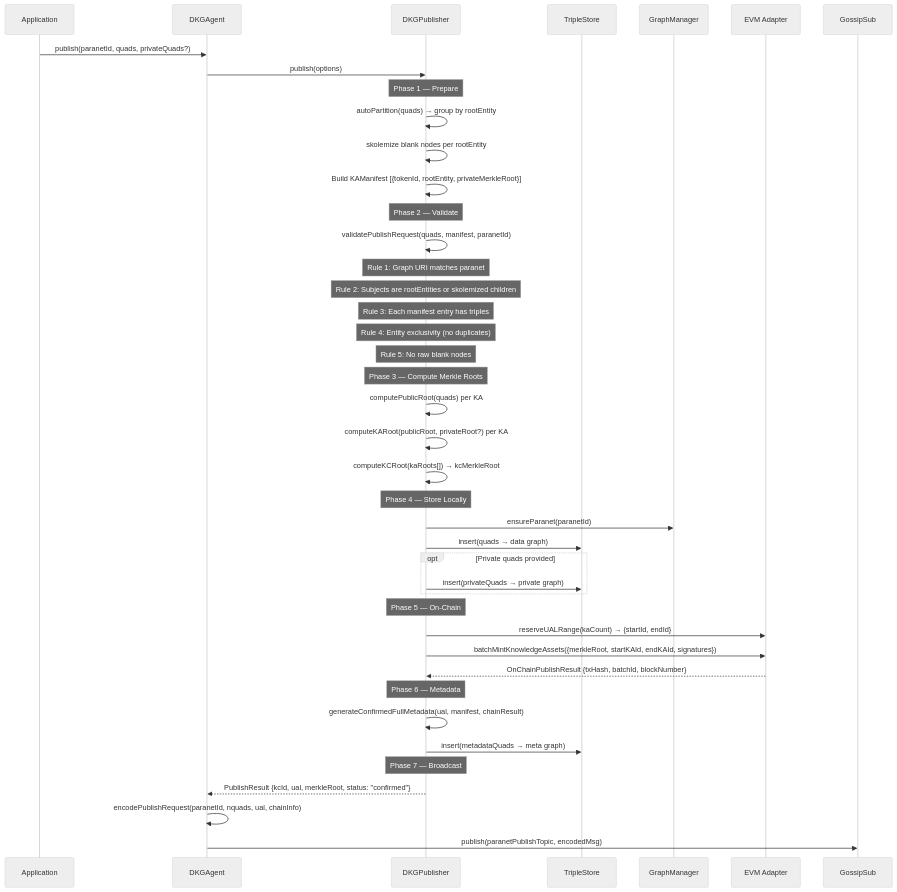
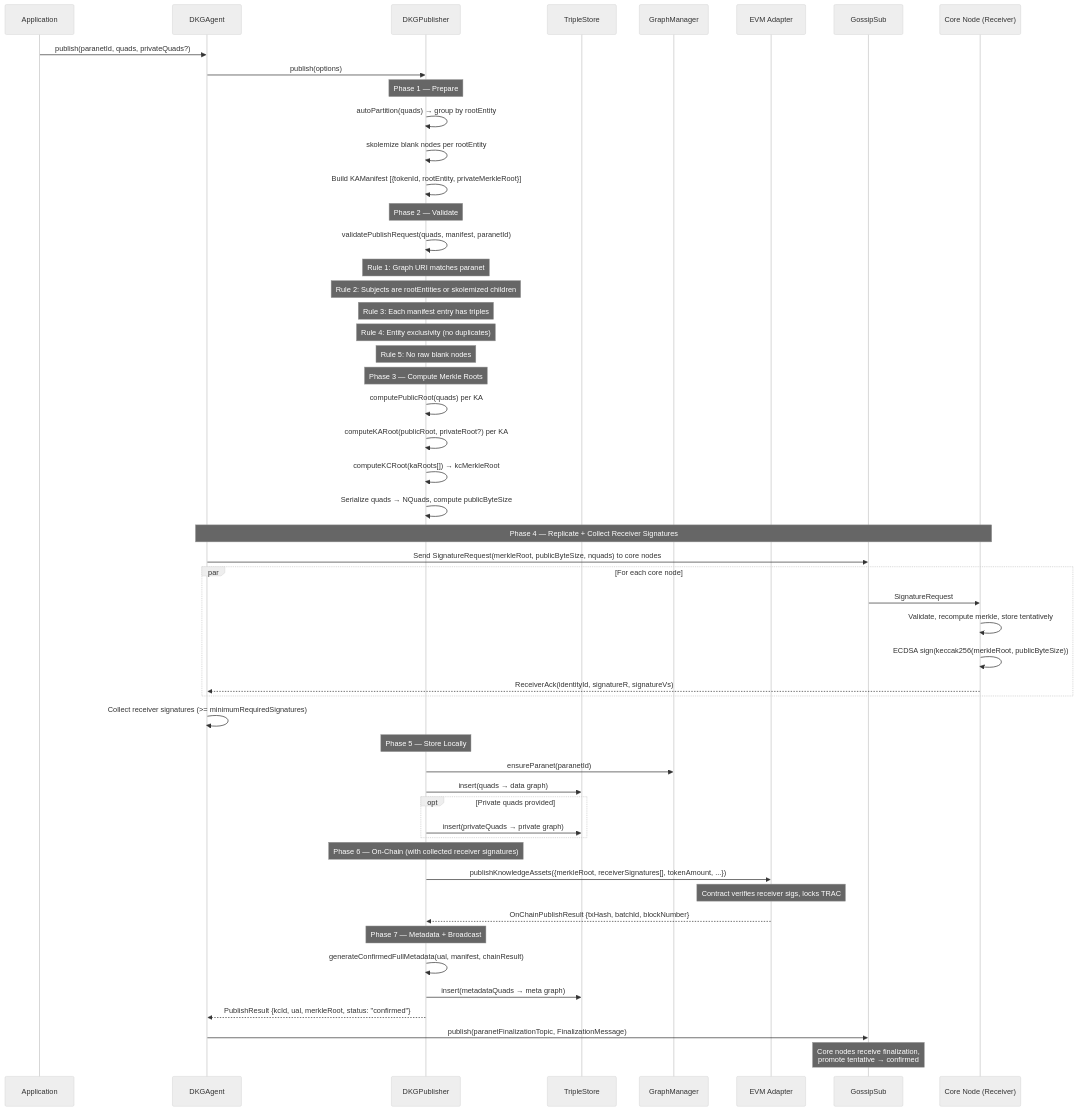
Before and after one commit to OriginTrail/dkg-v9: the second of 18 diagrams in docs/v9-protocol-operations.md, drawn with Mermaid (neutral theme). The commit also changed other lines of this file and 77 other files, not shown here.

First line of the commit message:
feat: implement replicate-then-publish protocol with two-layer signatures

````diff
--- a/docs/v9-protocol-operations.md
+++ b/docs/v9-protocol-operations.md
@@ -85,60 +94,71 @@
 ```mermaid
 sequenceDiagram
     participant App as Application
     participant Agent as DKGAgent
     participant Pub as DKGPublisher
     participant Store as TripleStore
     participant GM as GraphManager
     participant Chain as EVM Adapter
     participant GS as GossipSub
+    participant CoreNode as Core Node (Receiver)
 
     App->>Agent: publish(paranetId, quads, privateQuads?)
 
     Agent->>Pub: publish(options)
 
     Note over Pub: Phase 1 — Prepare
 
     Pub->>Pub: autoPartition(quads) → group by rootEntity
     Pub->>Pub: skolemize blank nodes per rootEntity
     Pub->>Pub: Build KAManifest [{tokenId, rootEntity, privateMerkleRoot}]
 
     Note over Pub: Phase 2 — Validate
 
     Pub->>Pub: validatePublishRequest(quads, manifest, paranetId)
     Note over Pub: Rule 1: Graph URI matches paranet
     Note over Pub: Rule 2: Subjects are rootEntities or skolemized children
     Note over Pub: Rule 3: Each manifest entry has triples
     Note over Pub: Rule 4: Entity exclusivity (no duplicates)
     Note over Pub: Rule 5: No raw blank nodes
 
     Note over Pub: Phase 3 — Compute Merkle Roots
 
     Pub->>Pub: computePublicRoot(quads) per KA
     Pub->>Pub: computeKARoot(publicRoot, privateRoot?) per KA
     Pub->>Pub: computeKCRoot(kaRoots[]) → kcMerkleRoot
+    Pub->>Pub: Serialize quads → NQuads, compute publicByteSize
 
-    Note over Pub: Phase 4 — Store Locally
+    Note over Agent,CoreNode: Phase 4 — Replicate + Collect Receiver Signatures
+
+    Agent->>GS: Send SignatureRequest(merkleRoot, publicByteSize, nquads) to core nodes
+    par For each core node
+        GS->>CoreNode: SignatureRequest
+        CoreNode->>CoreNode: Validate, recompute merkle, store tentatively
+        CoreNode->>CoreNode: ECDSA sign(keccak256(merkleRoot, publicByteSize))
+        CoreNode-->>Agent: ReceiverAck(identityId, signatureR, signatureVs)
+    end
+    Agent->>Agent: Collect receiver signatures (>= minimumRequiredSignatures)
+
+    Note over Pub: Phase 5 — Store Locally
 
     Pub->>GM: ensureParanet(paranetId)
     Pub->>Store: insert(quads → data graph)
     opt Private quads provided
         Pub->>Store: insert(privateQuads → private graph)
     end
 
-    Note over Pub: Phase 5 — On-Chain
+    Note over Pub: Phase 6 — On-Chain (with collected receiver signatures)
 
-    Pub->>Chain: reserveUALRange(kaCount) → {startId, endId}
-    Pub->>Chain: batchMintKnowledgeAssets({merkleRoot, startKAId, endKAId, signatures})
+    Pub->>Chain: publishKnowledgeAssets({merkleRoot, receiverSignatures[], tokenAmount, ...})
+    Note over Chain: Contract verifies receiver sigs, locks TRAC
     Chain-->>Pub: OnChainPublishResult {txHash, batchId, blockNumber}
 
-    Note over Pub: Phase 6 — Metadata
+    Note over Pub: Phase 7 — Metadata + Broadcast
 
     Pub->>Pub: generateConfirmedFullMetadata(ual, manifest, chainResult)
     Pub->>Store: insert(metadataQuads → meta graph)
 
-    Note over Pub: Phase 7 — Broadcast
-
     Pub-->>Agent: PublishResult {kcId, ual, merkleRoot, status: "confirmed"}
-    Agent->>Agent: encodePublishRequest(paranetId, nquads, ual, chainInfo)
-    Agent->>GS: publish(paranetPublishTopic, encodedMsg)
+    Agent->>GS: publish(paranetFinalizationTopic, FinalizationMessage)
+    Note over GS: Core nodes receive finalization,<br/>promote tentative → confirmed
 ```
````
